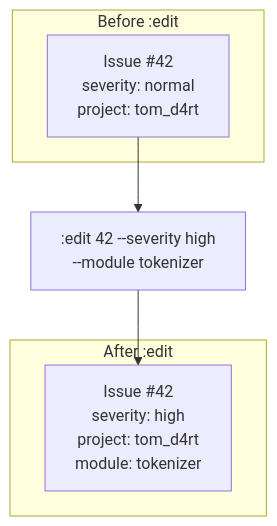
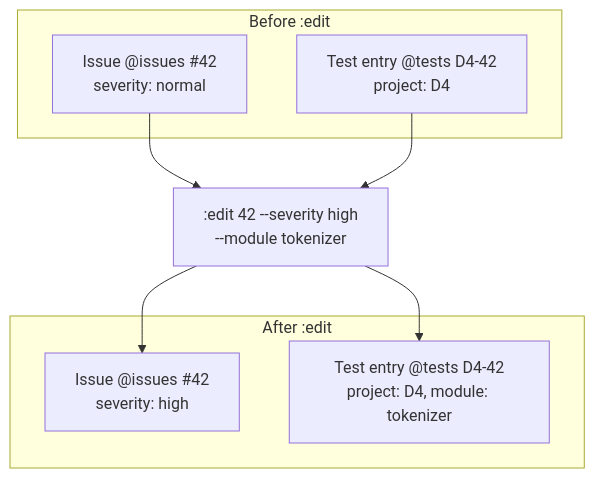
Diagram 12 of 37 in tom_issue_kit/doc/issuekit_command_reference.md (al-the-bear/tom_module_basics), drawn with Mermaid before and after one commit. The commit also changed other lines of this file and 1 other file, not shown here.

First line of the commit message:
docs: architectural redesign — two issue trackers, @issues/@tests/@code terminology, nightly backup

````diff
--- a/tom_issue_kit/doc/issuekit_command_reference.md
+++ b/tom_issue_kit/doc/issuekit_command_reference.md
@@ -609,14 +620,17 @@
 ```mermaid
 graph TB
     subgraph "Before :edit"
-        I1["Issue #42<br/>severity: normal<br/>project: tom_d4rt"]
+        I1["Issue @issues #42<br/>severity: normal"]
+        T1["Test entry @tests D4-42<br/>project: D4"]
     end
 
     E[":edit 42 --severity high<br/>--module tokenizer"]
 
     subgraph "After :edit"
-        I2["Issue #42<br/>severity: high<br/>project: tom_d4rt<br/>module: tokenizer"]
+        I2["Issue @issues #42<br/>severity: high"]
+        T2["Test entry @tests D4-42<br/>project: D4, module: tokenizer"]
     end
 
     I1 --> E --> I2
+    T1 --> E --> T2
 ```
````
